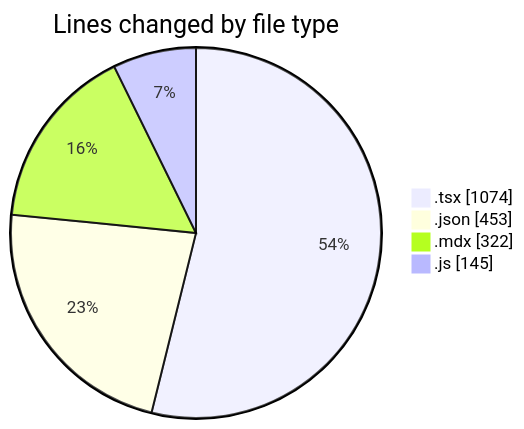
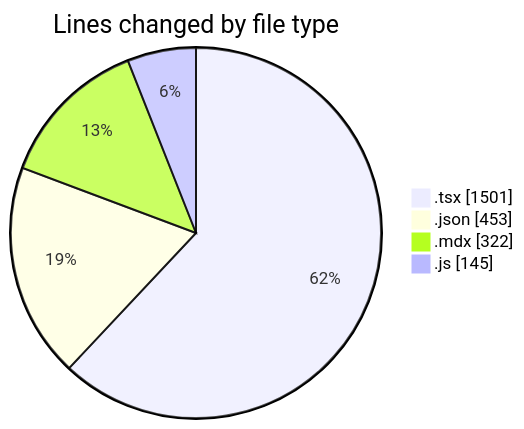
Before and after one commit to momahboobian/code-tracking: the first of 2 diagrams in 2026-01-12/cda/README.md, drawn with Mermaid. The commit also changed other lines of this file and 1 other file, not shown here.

````diff
--- a/2026-01-12/cda/README.md
+++ b/2026-01-12/cda/README.md
@@ -26,8 +26,8 @@
 ```mermaid
 pie showData
 title Lines changed by file type
-".tsx" : 1074
+".tsx" : 1501
 ".json" : 453
 ".mdx" : 322
 ".js" : 145
 ```
````
